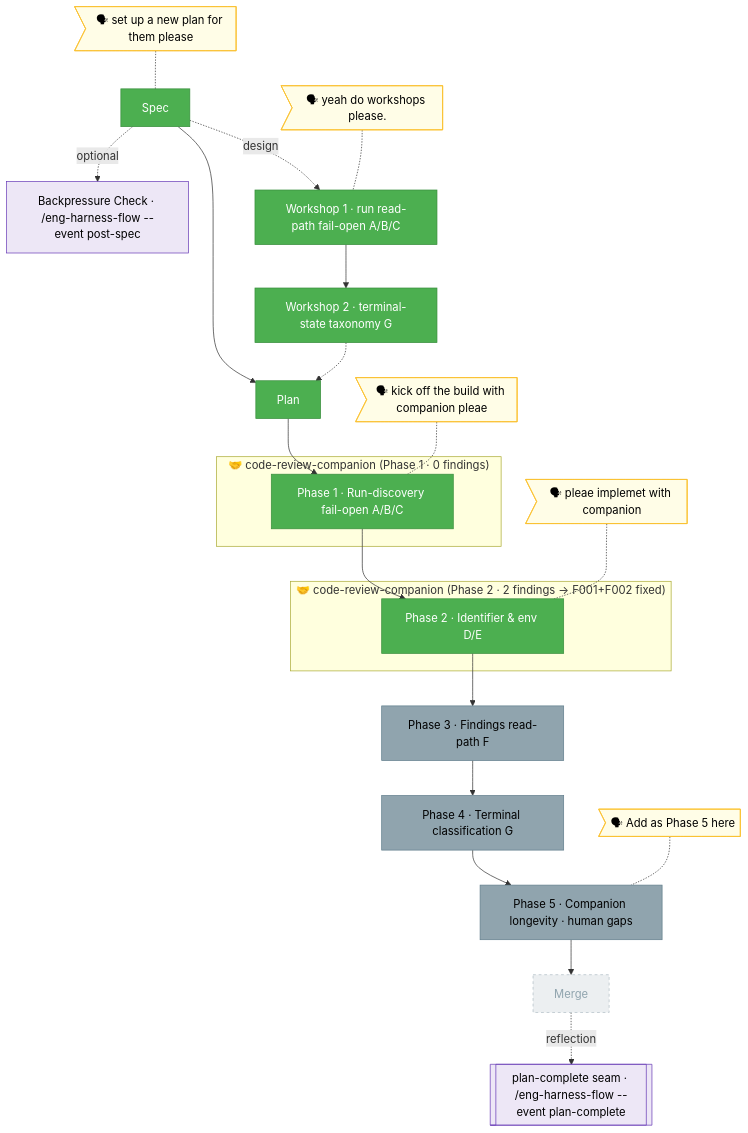
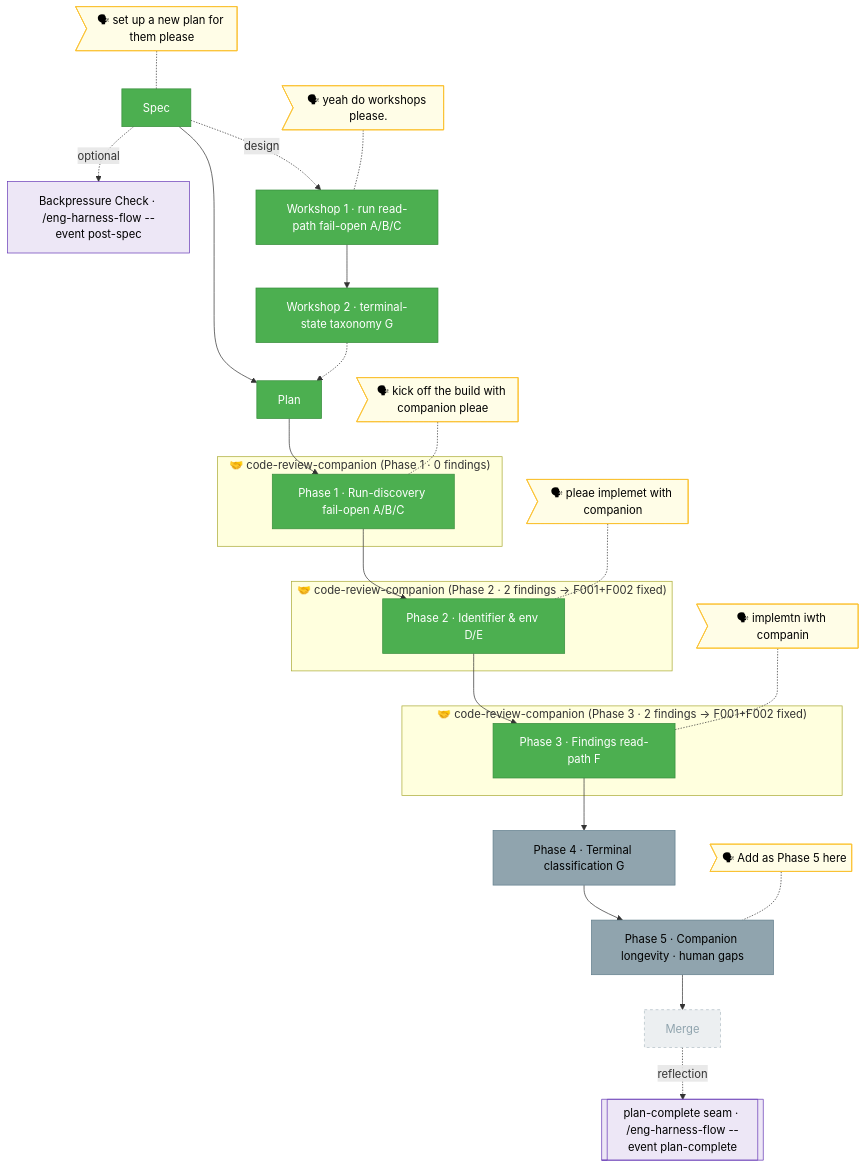
Before and after one commit to AI-Substrate/minih: the diagram in docs/plans/028-companion-mode-reliability/the-flow.md, drawn with Mermaid. The commit also changed other lines of this file and 4 other files, not shown here.

First line of the commit message:
chore(the-flow): Phase 3 complete, advance to awaiting-6 (Phase 4 tasks)

````diff
--- a/docs/plans/028-companion-mode-reliability/the-flow.md
+++ b/docs/plans/028-companion-mode-reliability/the-flow.md
@@ -7,45 +7,50 @@
 ```mermaid
 flowchart TD
     classDef done    fill:#4CAF50,stroke:#388E3C,color:#fff
     classDef wip     fill:#FF9800,stroke:#F57C00,color:#000
     classDef blocked fill:#F44336,stroke:#D32F2F,color:#fff
     classDef known   fill:#90A4AE,stroke:#607D8B,color:#000
     classDef assumed fill:#ECEFF1,stroke:#B0BEC5,color:#90A4AE,stroke-dasharray:4 4
     classDef said    fill:#FFFDE7,stroke:#FBC02D,color:#000
     classDef harness fill:#EDE7F6,stroke:#673AB7,color:#000
 
     %% ── spine: spec → plan → 5 build phases → merge ──
     S[Spec]:::done --> PL[Plan]:::done --> P1[Phase 1 · Run-discovery fail-open A/B/C]:::done
-    P1 --> P2[Phase 2 · Identifier & env D/E]:::done --> P3[Phase 3 · Findings read-path F]:::known --> P4[Phase 4 · Terminal classification G]:::known --> P5[Phase 5 · Companion longevity · human gaps]:::known --> M[Merge]:::assumed
+    P1 --> P2[Phase 2 · Identifier & env D/E]:::done --> P3[Phase 3 · Findings read-path F]:::done --> P4[Phase 4 · Terminal classification G]:::known --> P5[Phase 5 · Companion longevity · human gaps]:::known --> M[Merge]:::assumed
 
     %% ── live code-review companions wrapping each built phase (kind:companion, render:wrap) ──
     subgraph CMP1["🤝 code-review-companion (Phase 1 · 0 findings)"]
         P1
     end
     subgraph CMP2["🤝 code-review-companion (Phase 2 · 2 findings → F001+F002 fixed)"]
         P2
+    end
+    subgraph CMP3["🤝 code-review-companion (Phase 3 · 2 findings → F001+F002 fixed)"]
+        P3
     end
 
     %% ── optional post-spec backpressure survey (offered, not taken — dotted off the spine) ──
     S -.->|optional| BP["Backpressure Check · /eng-harness-flow --event post-spec"]:::harness
 
     %% ── workshop excursions (each its own node), rejoining at the plan ──
     S -.->|design| W1[Workshop 1 · run read-path fail-open A/B/C]:::done
     W1 --> W2[Workshop 2 · terminal-state taxonomy G]:::done
     W2 -.-> PL
 
     %% ── harness seam node (first-class; router IS installed) ──
     M -.->|reflection| HH[["plan-complete seam · /eng-harness-flow --event plan-complete"]]:::harness
 
     %% ── verbatim user-said bubbles ──
     US>"🗣 set up a new plan for them please"]:::said
     US -.- S
     UW>"🗣 yeah do workshops please."]:::said
     UW -.- W1
     UB>"🗣 kick off the build with companion pleae"]:::said
     UB -.- P1
     UC>"🗣 pleae implemet with companion"]:::said
     UC -.- P2
+    UP3>"🗣 implemtn iwth companin"]:::said
+    UP3 -.- P3
     UP5>"🗣 Add as Phase 5 here"]:::said
     UP5 -.- P5
 ```
````
